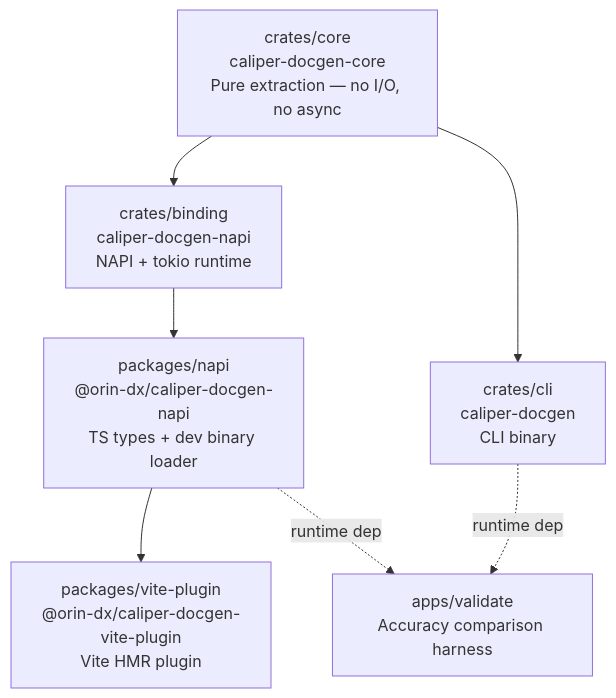
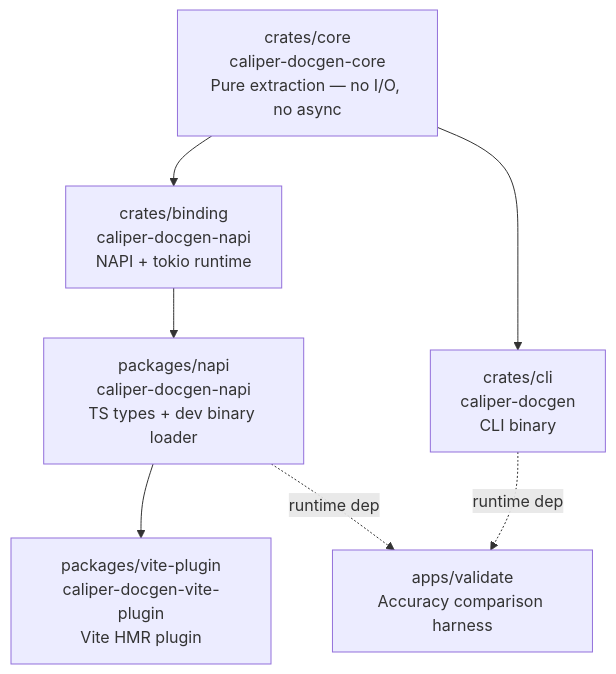
One commit to orin-dx/caliper changed the second of 2 diagrams in ARCHITECTURE.md. Above: the diagram before and after it, drawn with Mermaid. The commit also changed other lines of this file and 43 other files, not shown here.

First line of the commit message:
refactor: publish the npm packages unscoped as caliper-docgen*

````diff
--- a/ARCHITECTURE.md
+++ b/ARCHITECTURE.md
@@ -39,16 +39,16 @@
 ```mermaid
 graph TD
     core["crates/core\ncaliper-docgen-core\nPure extraction — no I/O, no async"]
     binding["crates/binding\ncaliper-docgen-napi\nNAPI + tokio runtime"]
     cli["crates/cli\ncaliper-docgen\nCLI binary"]
-    napi["packages/napi\n@orin-dx/caliper-docgen-napi\nTS types + dev binary loader"]
-    vite["packages/vite-plugin\n@orin-dx/caliper-docgen-vite-plugin\nVite HMR plugin"]
+    napi["packages/napi\ncaliper-docgen-napi\nTS types + dev binary loader"]
+    vite["packages/vite-plugin\ncaliper-docgen-vite-plugin\nVite HMR plugin"]
     validate["apps/validate\nAccuracy comparison harness"]
 
     core --> binding
     core --> cli
     binding --> napi
     napi --> vite
     cli -.->|"runtime dep"| validate
     napi -.->|"runtime dep"| validate
 ```
````
